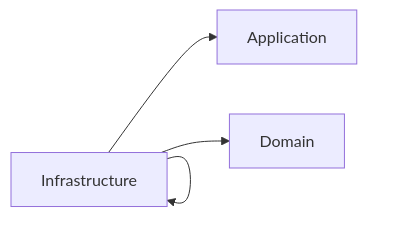
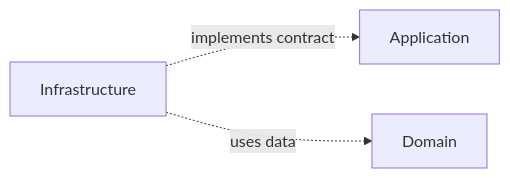
The fourth of 7 diagrams in onion-architecture/1-the-rings.md (AndresTaoFlorez/software-architecture), drawn with Mermaid before and after one commit. The commit also changed other lines of this file and 21 other files, not shown here.

````diff
--- a/onion-architecture/1-the-rings.md
+++ b/onion-architecture/1-the-rings.md
@@ -217,6 +167,5 @@
 ```mermaid
 flowchart LR
-    I["Infrastructure"] --> I
-    I --> A["Application"]
-    I --> D["Domain"]
+    I["Infrastructure"] -. "implements contract" .-> A["Application"]
+    I -. "uses data" .-> D["Domain"]
 ```
````
